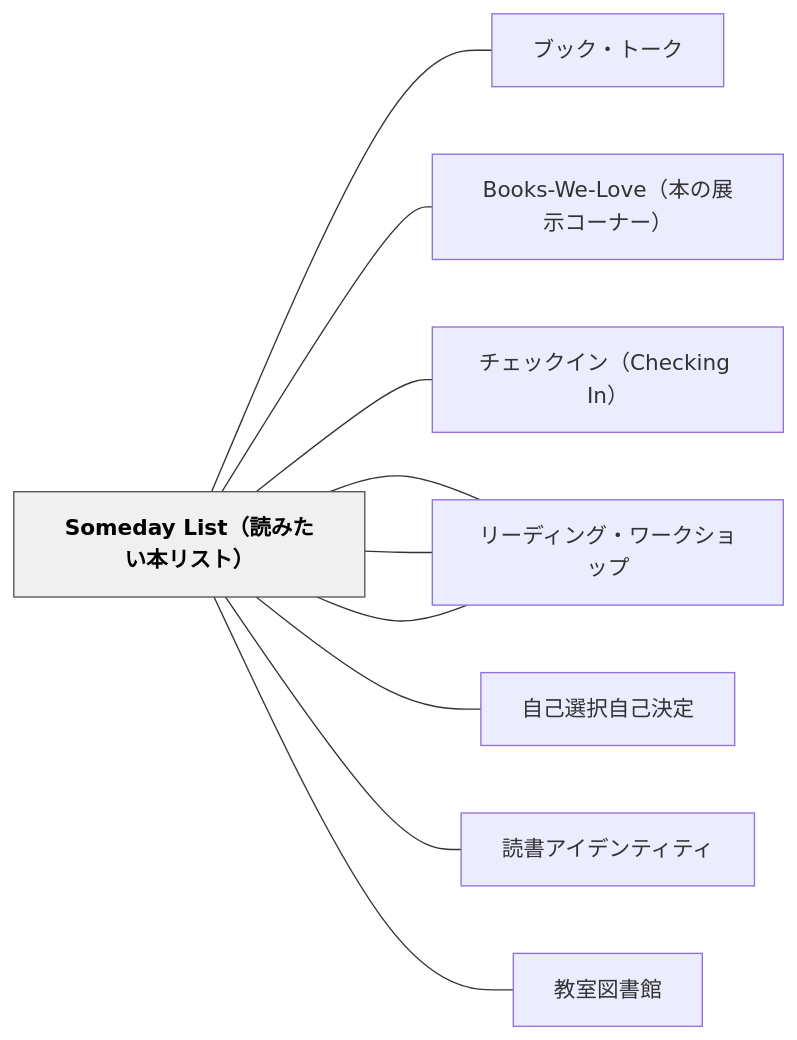
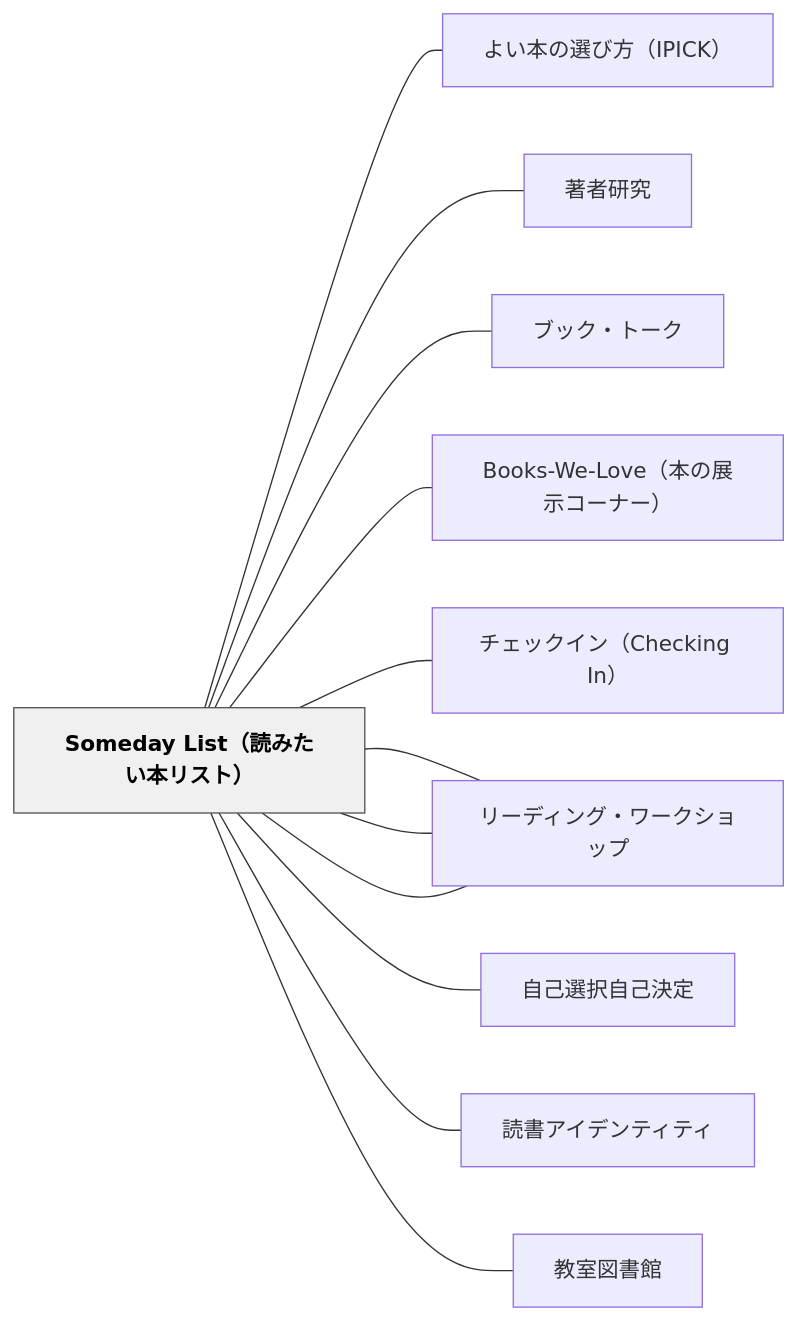
One commit to unknownthings-ed-patterns/unknownthings-ed-patterns changed the diagram in content/パタン/Someday List（読みたい本リスト）.md. Above: the diagram before and after it, drawn with Mermaid. The commit also changed other lines of this file and 473 other files, not shown here.

````diff
--- a/content/パタン/Someday List（読みたい本リスト）.md
+++ b/content/パタン/Someday List（読みたい本リスト）.md
@@ -110,26 +112,30 @@
 ```mermaid
 flowchart LR
     n536f6d656461["Someday List（読みたい本リスト）"]
+    ne38288e38184["よい本の選び方（IPICK）"]
+    ne89197e88085["著者研究"]
     ne38396e38383["ブック・トーク"]
     n426f6f6b732d["Books-We-Love（本の展示コーナー）"]
     ne38381e382a7["チェックイン（Checking In）"]
     ne383aae383bc["リーディング・ゾーン"]
     ne887aae5b7b1["自己選択自己決定"]
     ne383aae383bc["リーダーズ・ノート"]
     ne8aaade69bb8["読書アイデンティティ"]
     ne383aae383bc["リーディング・ワークショップ"]
     ne69599e5aea4["教室図書館"]
 
+    n536f6d656461 --- ne38288e38184
+    n536f6d656461 --- ne89197e88085
     n536f6d656461 --- ne38396e38383
     n536f6d656461 --- n426f6f6b732d
     n536f6d656461 --- ne38381e382a7
     n536f6d656461 --- ne383aae383bc
     n536f6d656461 --- ne887aae5b7b1
     n536f6d656461 --- ne383aae383bc
     n536f6d656461 --- ne8aaade69bb8
     n536f6d656461 --- ne383aae383bc
     n536f6d656461 --- ne69599e5aea4
 
     classDef hub fill:#f0f0f0,stroke:#555,color:#000,font-weight:bold
     class n536f6d656461 hub
 ```
````
